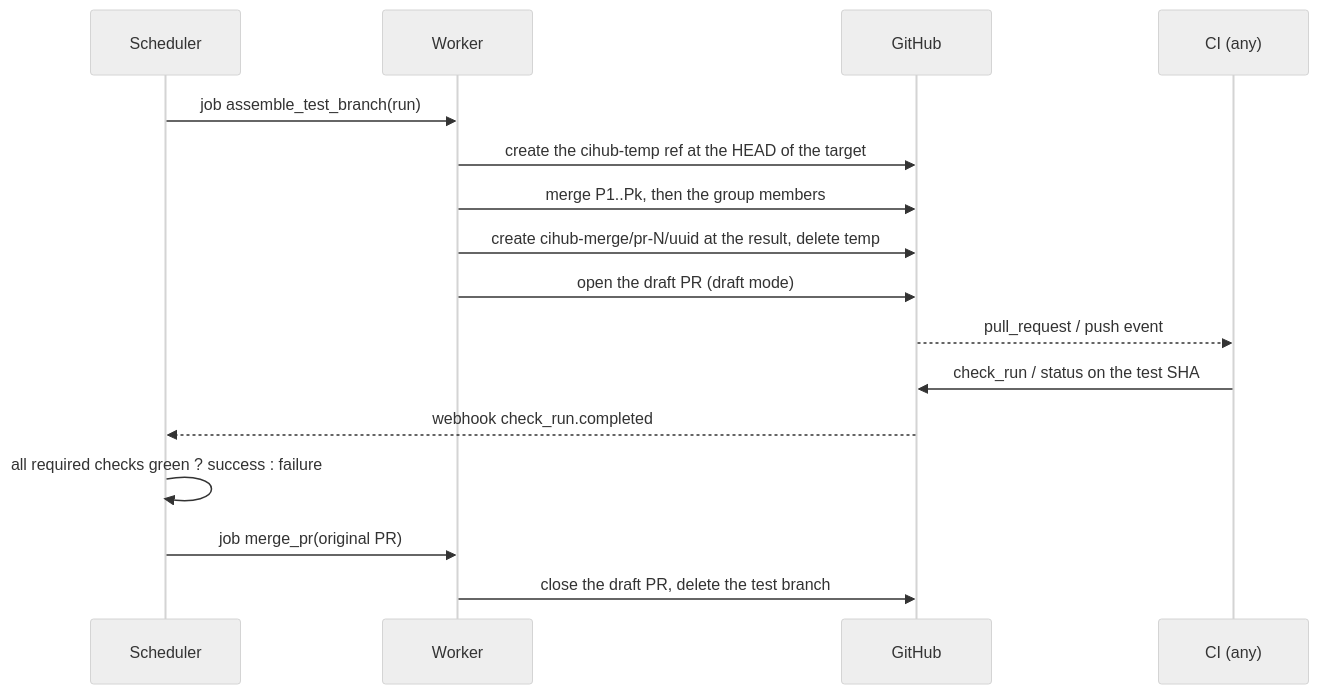
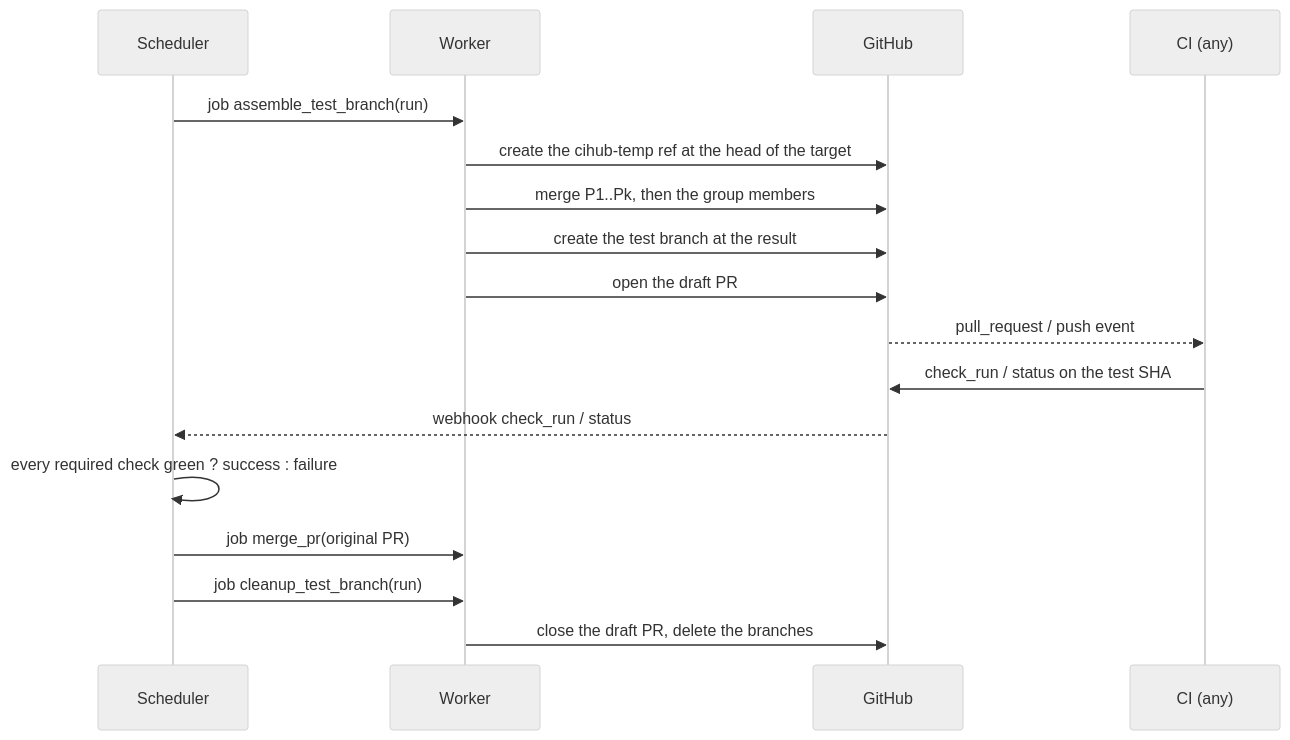
Before and after one commit to getcihub/cihub: the diagram in specs/CI.md, drawn with Mermaid (neutral theme). The commit also changed other lines of this file and 44 other files, not shown here.

````diff
--- a/specs/CI.md
+++ b/specs/CI.md
@@ -5,18 +7,19 @@
 ```mermaid
 sequenceDiagram
   participant S as Scheduler
   participant W as Worker
   participant G as GitHub
   participant C as CI (any)
   S->>W: job assemble_test_branch(run)
-  W->>G: create the cihub-temp ref at the HEAD of the target
+  W->>G: create the cihub-temp ref at the head of the target
   W->>G: merge P1..Pk, then the group members
-  W->>G: create cihub-merge/pr-N/uuid at the result, delete temp
-  W->>G: open the draft PR (draft mode)
+  W->>G: create the test branch at the result
+  W->>G: open the draft PR
   G-->>C: pull_request / push event
   C->>G: check_run / status on the test SHA
-  G-->>S: webhook check_run.completed
-  S->>S: all required checks green ? success : failure
+  G-->>S: webhook check_run / status
+  S->>S: every required check green ? success : failure
   S->>W: job merge_pr(original PR)
-  W->>G: close the draft PR, delete the test branch
+  S->>W: job cleanup_test_branch(run)
+  W->>G: close the draft PR, delete the branches
 ```
````
